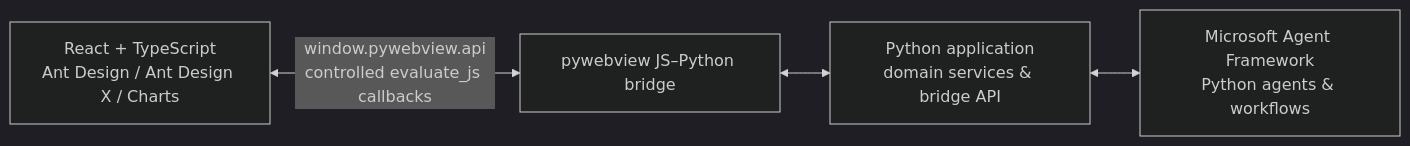
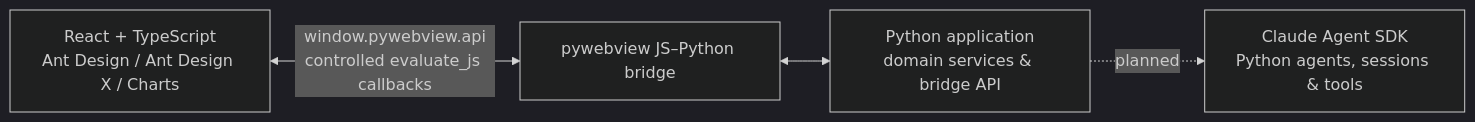
Before and after one commit to luojiaaoo/xalling: the diagram in README.md, drawn with Mermaid (dark theme). The commit also changed other lines of this file and 3 other files, not shown here.

````diff
--- a/README.md
+++ b/README.md
@@ -20,11 +20,11 @@
 ```mermaid
 flowchart LR
   UI[React + TypeScript<br/>Ant Design / Ant Design X / Charts]
   Bridge[pywebview JS–Python bridge]
   App[Python application<br/>domain services & bridge API]
-  Agent[Microsoft Agent Framework<br/>Python agents & workflows]
+  Agent[Claude Agent SDK<br/>Python agents, sessions & tools]
 
   UI <--> |window.pywebview.api<br/>controlled evaluate_js callbacks| Bridge
   Bridge <--> App
-  App <--> Agent
+  App -. planned .-> Agent
 ```
````
